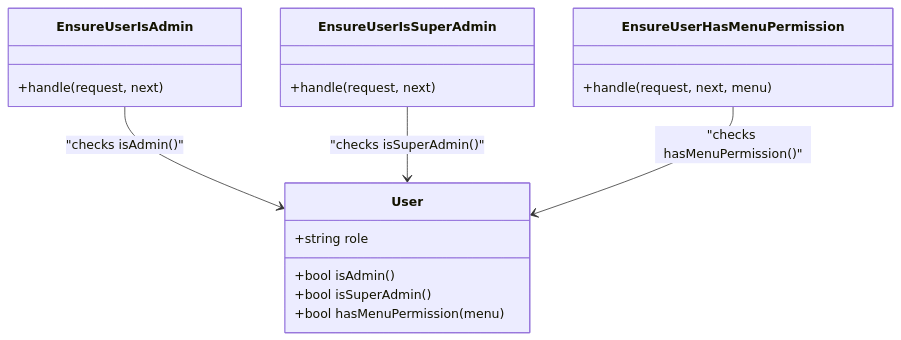
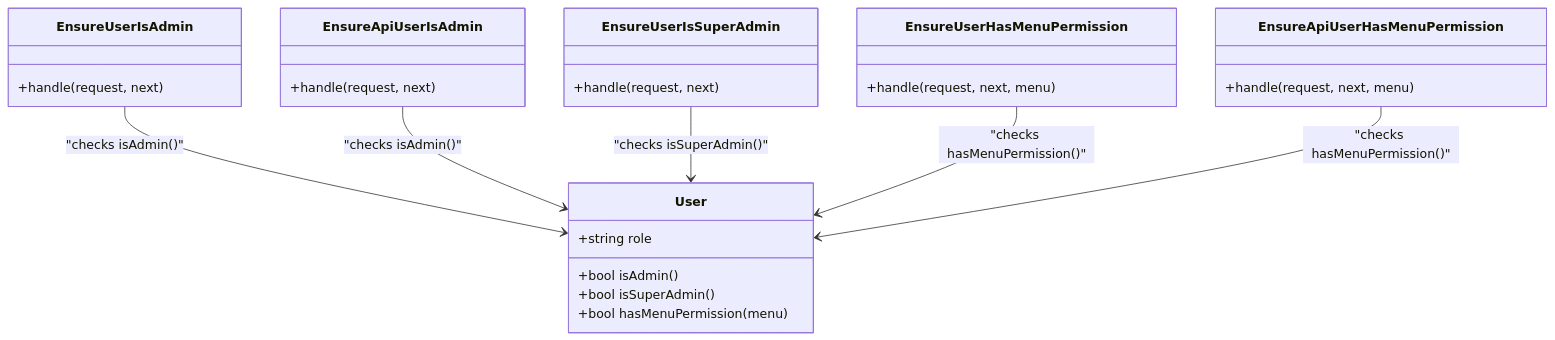
One commit to mahbub095/bus-app changed the seventh of 13 diagrams in .qoder/repowiki/en/content/Security Implementation/Security Implementation.md. Above: the diagram before and after it, drawn with Mermaid. The commit also changed other lines of this file and 460 other files, not shown here.

````diff
--- a/.qoder/repowiki/en/content/Security Implementation/Security Implementation.md
+++ b/.qoder/repowiki/en/content/Security Implementation/Security Implementation.md
@@ -324,21 +436,29 @@
 ```mermaid
 classDiagram
 class User {
 +string role
 +bool isAdmin()
 +bool isSuperAdmin()
 +bool hasMenuPermission(menu)
 }
 class EnsureUserIsAdmin {
 +handle(request, next)
 }
+class EnsureApiUserIsAdmin {
++handle(request, next)
+}
 class EnsureUserIsSuperAdmin {
 +handle(request, next)
 }
 class EnsureUserHasMenuPermission {
 +handle(request, next, menu)
 }
+class EnsureApiUserHasMenuPermission {
++handle(request, next, menu)
+}
 EnsureUserIsAdmin --> User : "checks isAdmin()"
+EnsureApiUserIsAdmin --> User : "checks isAdmin()"
 EnsureUserIsSuperAdmin --> User : "checks isSuperAdmin()"
 EnsureUserHasMenuPermission --> User : "checks hasMenuPermission()"
+EnsureApiUserHasMenuPermission --> User : "checks hasMenuPermission()"
 ```
````
